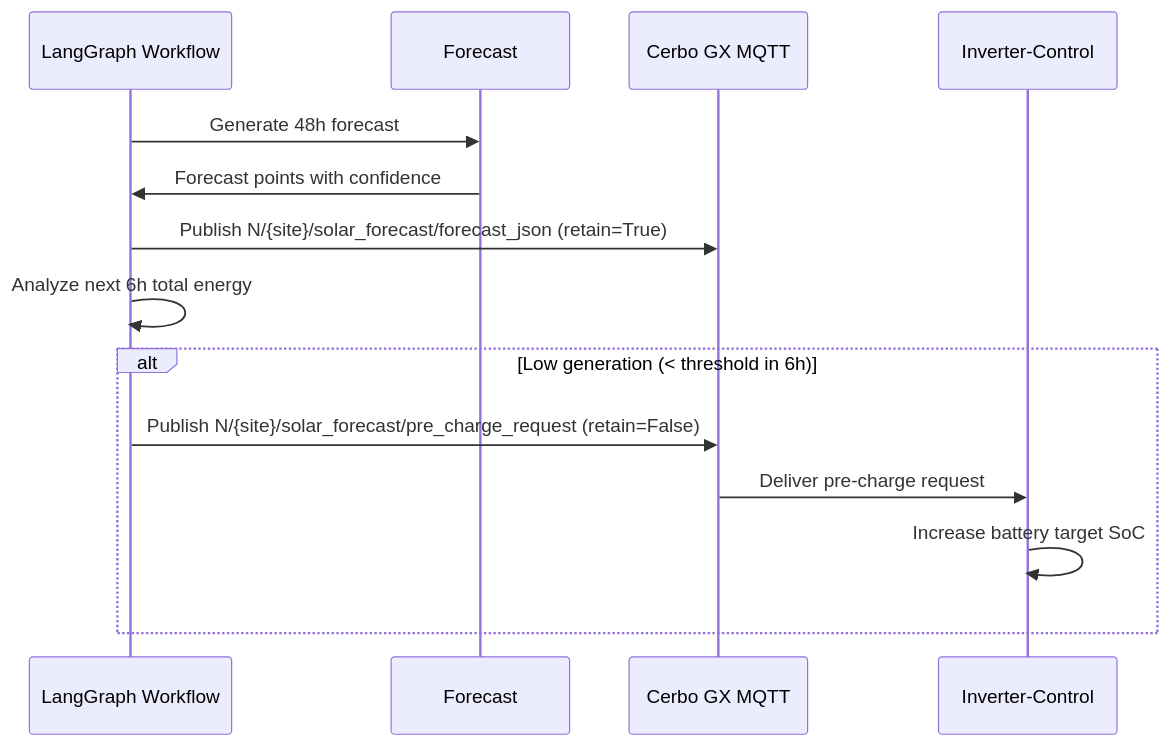
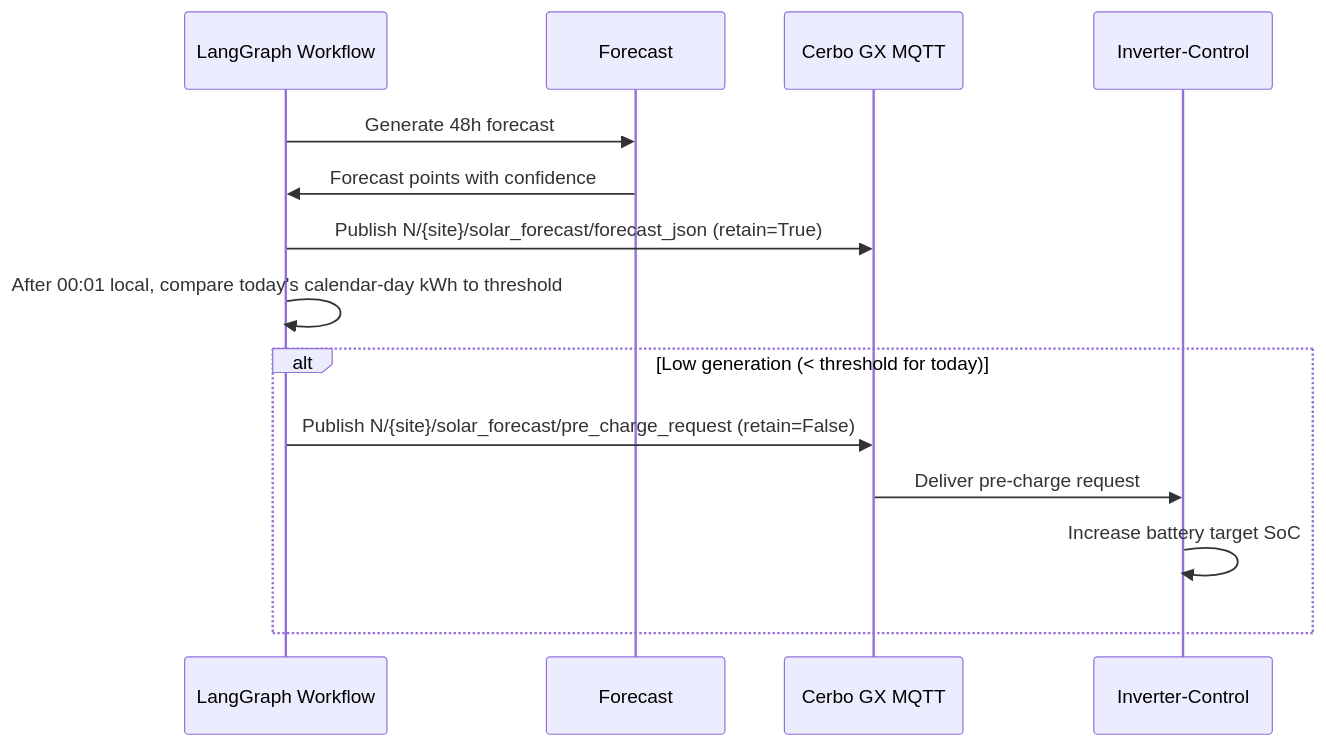
One commit to 4alvit/solar-forecast-langgraph changed the second of 3 diagrams in README.md. Above: the diagram before and after it, drawn with Mermaid. The commit also changed other lines of this file and 2 other files, not shown here.

Commit message:
fix: pre-charge on low today calendar-day forecast (#50)

````diff
--- a/README.md
+++ b/README.md
@@ -172,17 +172,17 @@
 ```mermaid
 sequenceDiagram
     participant WF as LangGraph Workflow
     participant FC as Forecast
     participant CB as Cerbo GX MQTT
     participant IC as Inverter-Control
 
     WF->>FC: Generate 48h forecast
     FC->>WF: Forecast points with confidence
     WF->>CB: Publish N/{site}/solar_forecast/forecast_json (retain=True)
-    WF->>WF: Analyze next 6h total energy
-    alt Low generation (< threshold in 6h)
+    WF->>WF: After 00:01 local, compare today's calendar-day kWh to threshold
+    alt Low generation (< threshold for today)
         WF->>CB: Publish N/{site}/solar_forecast/pre_charge_request (retain=False)
         CB->>IC: Deliver pre-charge request
         IC->>IC: Increase battery target SoC
     end
 ```
````
